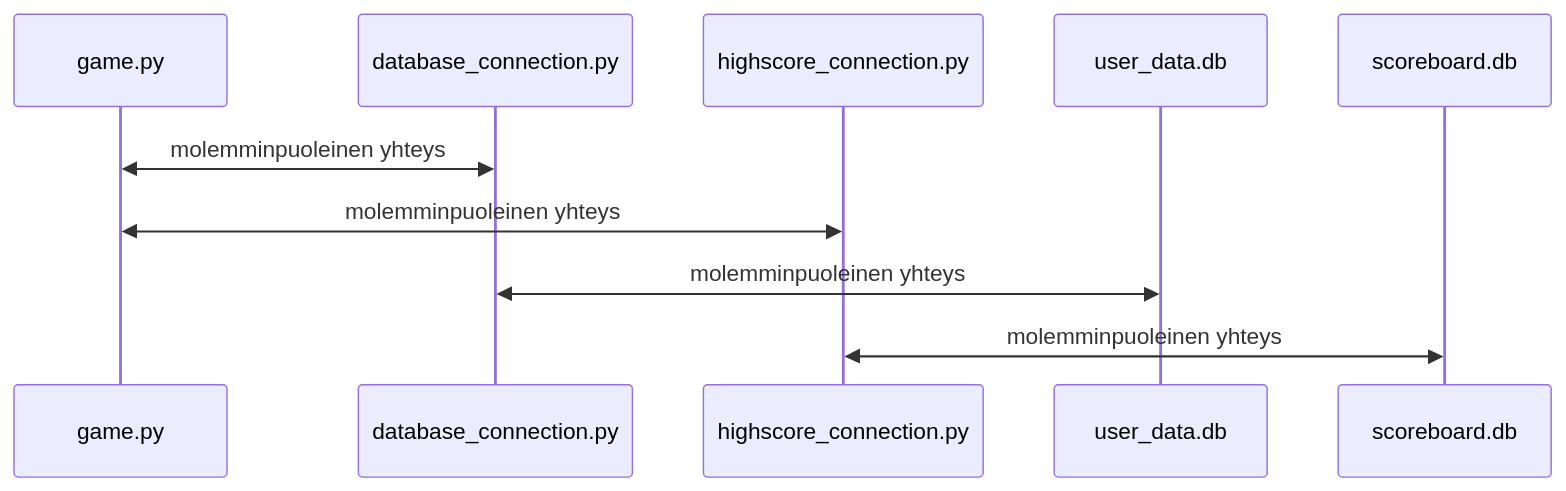
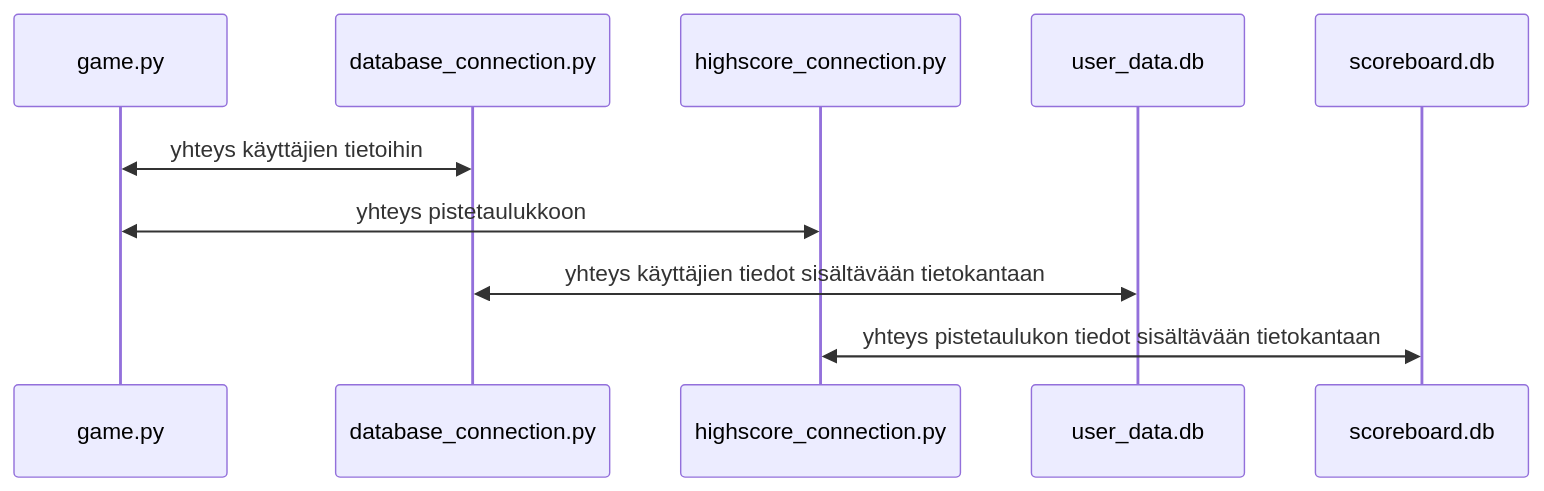
One commit to Fapacus/ot-harjoitustyo changed the second of 2 diagrams in dokumentaatio/Arkkitehtuuri.md. Above: the diagram before and after it, drawn with Mermaid. The commit also changed other lines of this file, not shown here.

````diff
--- a/dokumentaatio/Arkkitehtuuri.md
+++ b/dokumentaatio/Arkkitehtuuri.md
@@ -17,13 +19,13 @@
 ```mermaid
 sequenceDiagram
     participant game.py
     participant database_connection.py
     participant highscore_connection.py
     participant user_data.db
     participant scoreboard.db
 
-    game.py<<->>database_connection.py: molemminpuoleinen yhteys
-    game.py<<->>highscore_connection.py: molemminpuoleinen yhteys
-    database_connection.py<<->>user_data.db: molemminpuoleinen yhteys
-    highscore_connection.py<<->>scoreboard.db: molemminpuoleinen yhteys
+    game.py<<->>database_connection.py: yhteys käyttäjien tietoihin
+    game.py<<->>highscore_connection.py: yhteys pistetaulukkoon
+    database_connection.py<<->>user_data.db: yhteys käyttäjien tiedot sisältävään tietokantaan
+    highscore_connection.py<<->>scoreboard.db: yhteys pistetaulukon tiedot sisältävään tietokantaan
 ```
````
